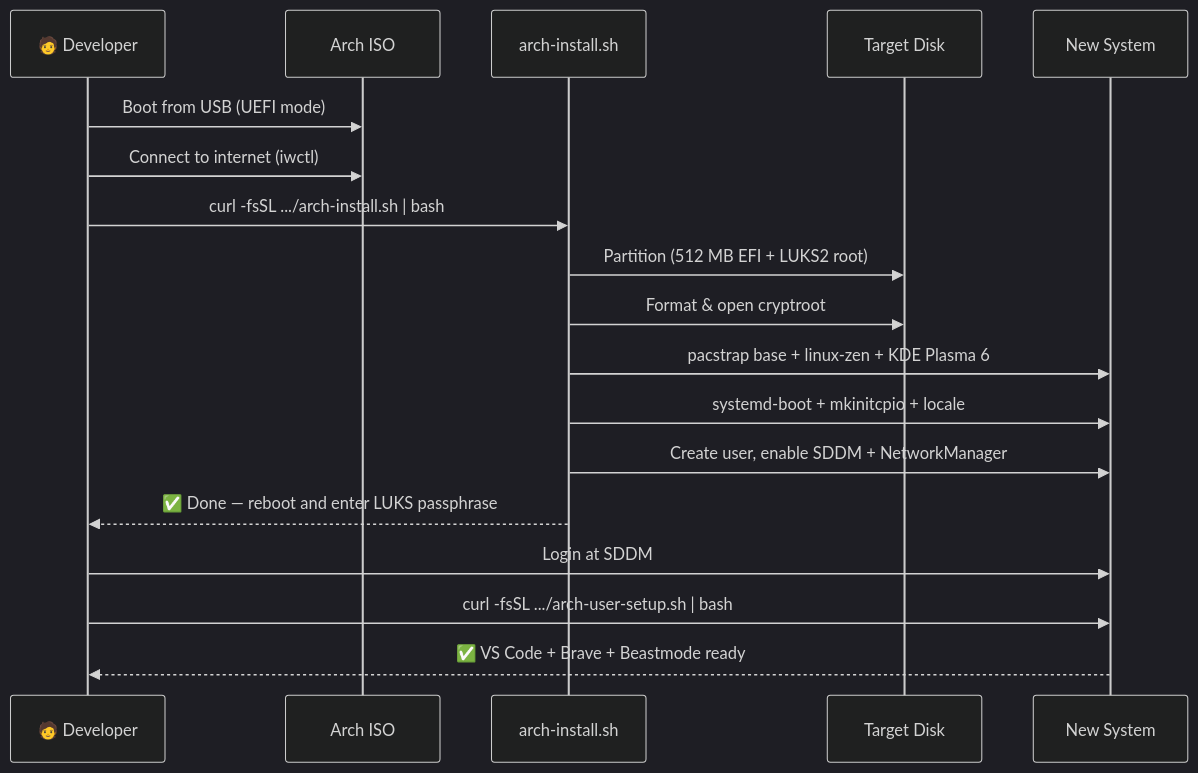
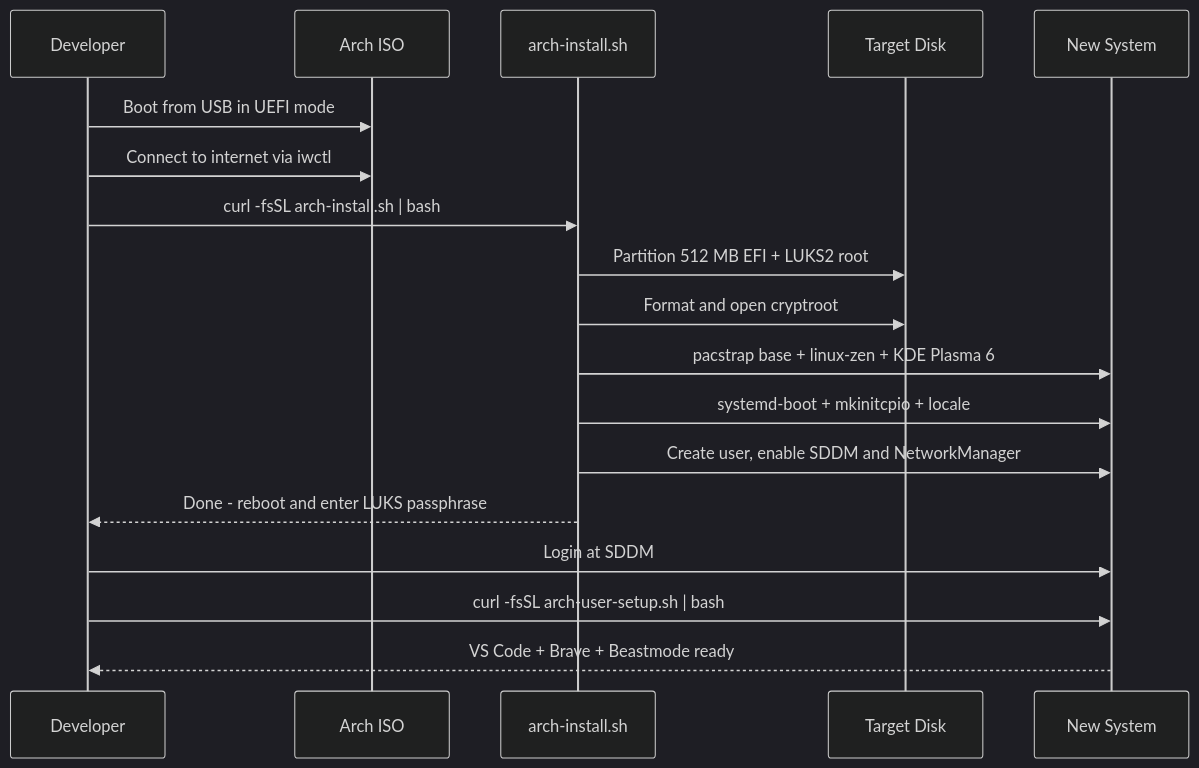
Before and after one commit to hkevin01/arch-custom: the third of 4 diagrams in README.md, drawn with Mermaid (dark theme). The commit also changed other lines of this file, not shown here.

First line of the commit message:
docs: fix Mermaid rendering errors and expand OS configuration sections

````diff
--- a/README.md
+++ b/README.md
@@ -153,21 +164,21 @@
 ```mermaid
 sequenceDiagram
-    participant Dev as 🧑 Developer
+    participant Dev as Developer
     participant ISO as Arch ISO
     participant Script as arch-install.sh
     participant Disk as Target Disk
     participant Sys as New System
 
-    Dev->>ISO: Boot from USB (UEFI mode)
-    Dev->>ISO: Connect to internet (iwctl)
-    Dev->>Script: curl -fsSL .../arch-install.sh | bash
-    Script->>Disk: Partition (512 MB EFI + LUKS2 root)
-    Script->>Disk: Format & open cryptroot
+    Dev->>ISO: Boot from USB in UEFI mode
+    Dev->>ISO: Connect to internet via iwctl
+    Dev->>Script: curl -fsSL arch-install.sh | bash
+    Script->>Disk: Partition 512 MB EFI + LUKS2 root
+    Script->>Disk: Format and open cryptroot
     Script->>Sys: pacstrap base + linux-zen + KDE Plasma 6
     Script->>Sys: systemd-boot + mkinitcpio + locale
-    Script->>Sys: Create user, enable SDDM + NetworkManager
-    Script-->>Dev: ✅ Done — reboot and enter LUKS passphrase
+    Script->>Sys: Create user, enable SDDM and NetworkManager
+    Script-->>Dev: Done - reboot and enter LUKS passphrase
     Dev->>Sys: Login at SDDM
-    Dev->>Sys: curl -fsSL .../arch-user-setup.sh | bash
-    Sys-->>Dev: ✅ VS Code + Brave + Beastmode ready
+    Dev->>Sys: curl -fsSL arch-user-setup.sh | bash
+    Sys-->>Dev: VS Code + Brave + Beastmode ready
 ```
````
